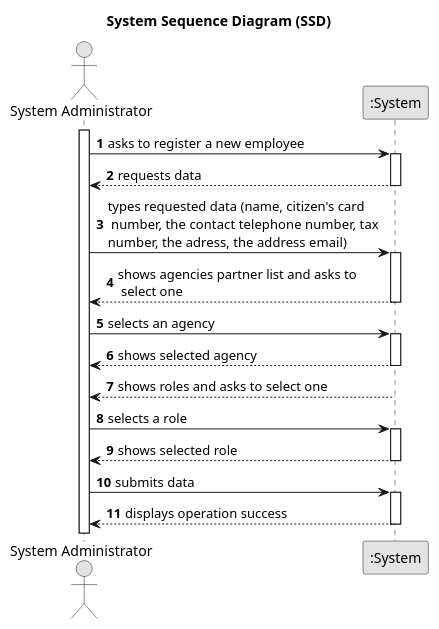
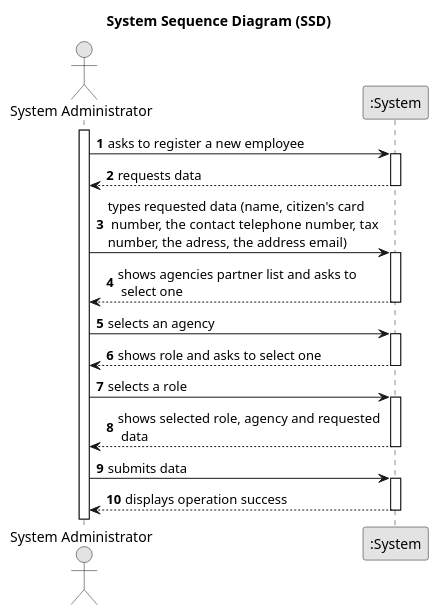
The diagram in docs/sprintB/us003/01.requirements-engineering/puml/us003-system-sequence-diagram.puml (rita-barbosa/LAPR2-2223), drawn with PlantUML before and after one commit.

Commit message:
Update SSD [US3][Requirements Engineering]

```diff
--- a/docs/sprintB/us003/01.requirements-engineering/puml/us003-system-sequence-diagram.puml
+++ b/docs/sprintB/us003/01.requirements-engineering/puml/us003-system-sequence-diagram.puml
@@ -1,49 +1,47 @@
 @startuml
 skinparam monochrome true
 skinparam packageStyle rectangle
 skinparam shadowing false
 
 title System Sequence Diagram (SSD)
 
 autonumber
 
 actor "System Administrator" as Employee
 participant ":System" as System
 
 activate Employee
 
     Employee -> System : asks to register a new employee
     activate System
 
         System --> Employee : requests data
     deactivate System
 
     Employee -> System : types requested data (name, citizen's card\n number, the contact telephone number, tax\nnumber, the adress, the address email)
     activate System
 
         System --> Employee : shows agencies partner list and asks to \n select one
     deactivate System
 
     Employee -> System : selects an agency
     activate System
 
-    System --> Employee : shows selected agency
-        deactivate System
 
-    System --> Employee : shows roles and asks to select one
+    System --> Employee : shows role and asks to select one
         deactivate System
 
     Employee -> System : selects a role
             activate System
 
 
-        System --> Employee : shows selected role
+        System --> Employee : shows selected role, agency and requested \n data
     deactivate System
 
     Employee -> System : submits data
     activate System
 
         System --> Employee : displays operation success
     deactivate System
 
 @enduml
```
